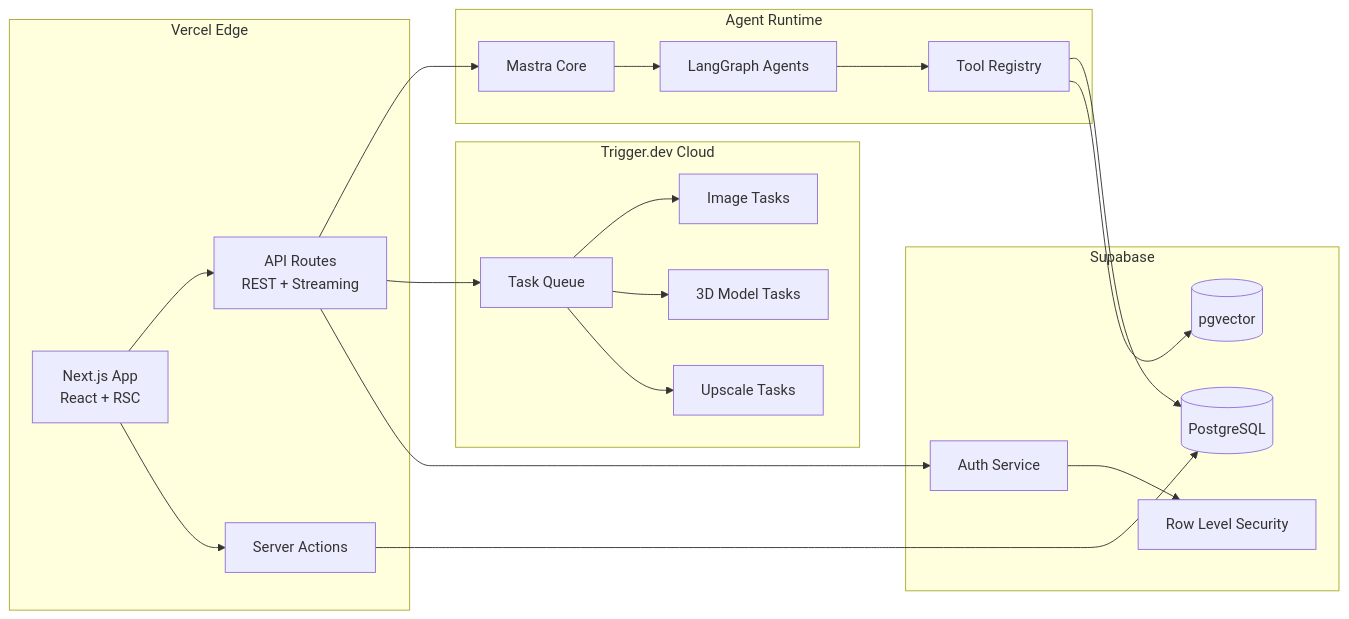
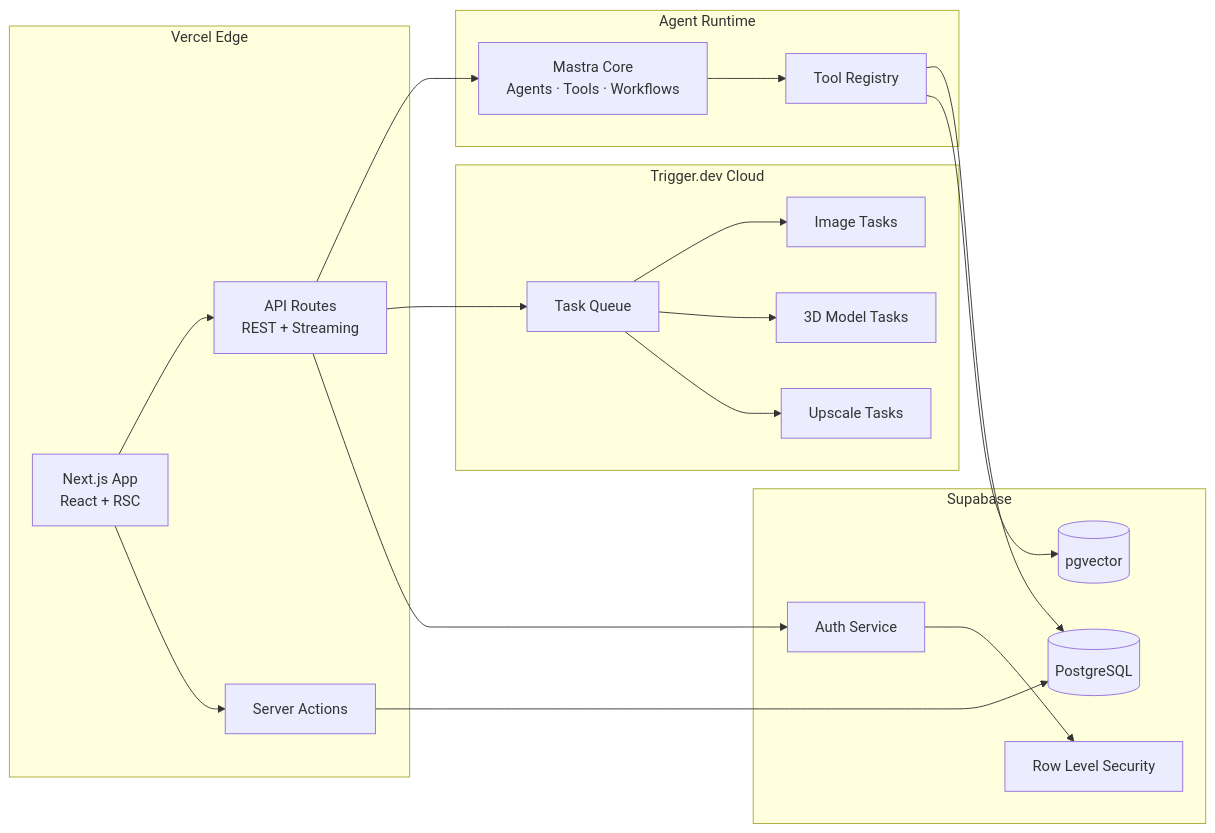
Before and after one commit to jsroga/nomos: the second of 3 diagrams in docs/ARCHITECTURE.md, drawn with Mermaid. The commit also changed other lines of this file and 748 other files, not shown here.

````diff
--- a/docs/ARCHITECTURE.md
+++ b/docs/ARCHITECTURE.md
@@ -95,46 +111,44 @@
 ```mermaid
 graph LR
     subgraph "Vercel Edge"
         NextApp[Next.js App<br/>React + RSC]
         API[API Routes<br/>REST + Streaming]
         Actions[Server Actions]
     end
 
     subgraph "Trigger.dev Cloud"
         TaskQueue[Task Queue]
         ImageGen[Image Tasks]
         ModelGen[3D Model Tasks]
         Upscale[Upscale Tasks]
     end
 
     subgraph "Supabase"
         DB[(PostgreSQL)]
         Vector[(pgvector)]
         Auth[Auth Service]
         RLS[Row Level Security]
     end
 
     subgraph "Agent Runtime"
-        Mastra[Mastra Core]
-        LangGraph[LangGraph Agents]
+        Mastra[Mastra Core<br/>Agents · Tools · Workflows]
         Tools[Tool Registry]
     end
 
     NextApp --> API
     NextApp --> Actions
     API --> Mastra
     API --> TaskQueue
     
     TaskQueue --> ImageGen
     TaskQueue --> ModelGen
     TaskQueue --> Upscale
     
     Actions --> DB
-    Mastra --> LangGraph
-    LangGraph --> Tools
+    Mastra --> Tools
     Tools --> DB
     Tools --> Vector
     
     API --> Auth
     Auth --> RLS
 ```
````
